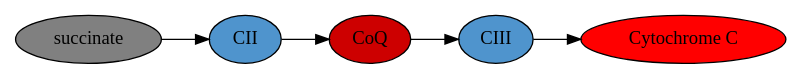
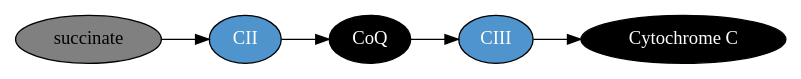
One commit to hendersonmpa/study-notes changed the fifth of 6 diagrams in methods/mito/mito.org. Above: the diagram before and after it, drawn with Graphviz. The commit also changed other lines of this file and 19 other files, not shown here.

```diff
--- a/methods/mito/mito.org
+++ b/methods/mito/mito.org
@@ -251,17 +258,17 @@
 #+BEGIN_SRC dot :file ./mito/figures/c2c3.pdf :cmdline -Kdot -Tpdf
   digraph {
            // graph from left to right
            rankdir=LR;
            splines=true;
            node [shape=oval];
-           q [label="CoQ", fillcolor=red3, style=filled];    
-           c3 [label="CIII", fillcolor=steelblue3, style=filled];     
-           cytc [label="Cytochrome C", fillcolor=red, style=filled];     
-           c2 [label="CII", fillcolor=steelblue3, style=filled];     
+           q [label="CoQ", fillcolor=black, fontcolor=white, style=filled];    
+           c3 [label="CIII", fillcolor=steelblue3, fontcolor=white, style=filled];     
+           cytc [label="Cytochrome C", fillcolor=black, fontcolor=white, style=filled];     
+           c2 [label="CII", fillcolor=steelblue3, fontcolor=white, style=filled];     
            s [label="succinate", fillcolor=grey, style=filled];     
            q -> c3;
            c3 -> cytc; 	 
            c2 -> q;
            s -> c2;
            }    
 #+END_SRC
```
